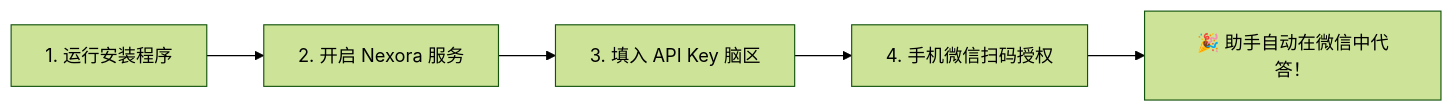
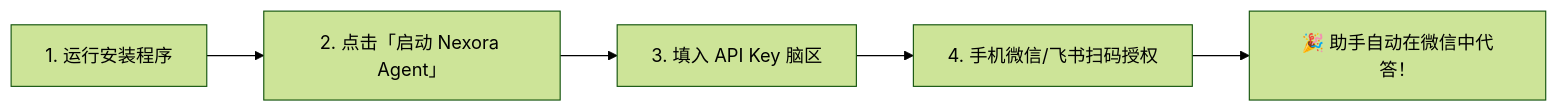
One commit to 2014-y/AI-v24.13.0 changed the diagram in README.md. Above: the diagram before and after it, drawn with Mermaid (forest theme). The commit also changed other lines of this file, not shown here.

Commit message:
docs: upgrade README.md with Vercel/Supabase-style dark glassmorphic grid & 4-tier architecture

````diff
--- a/README.md
+++ b/README.md
@@ -68,7 +86,7 @@
 ```mermaid
 flowchart LR
-    A[1. 运行安装程序] --> B[2. 开启 Nexora 服务]
+    A[1. 运行安装程序] --> B[2. 点击「启动 Nexora Agent」]
     B --> C[3. 填入 API Key 脑区]
-    C --> D[4. 手机微信扫码授权]
+    C --> D[4. 手机微信/飞书扫码授权]
     D --> E[🎉 助手自动在微信中代答！]
 ```
````
